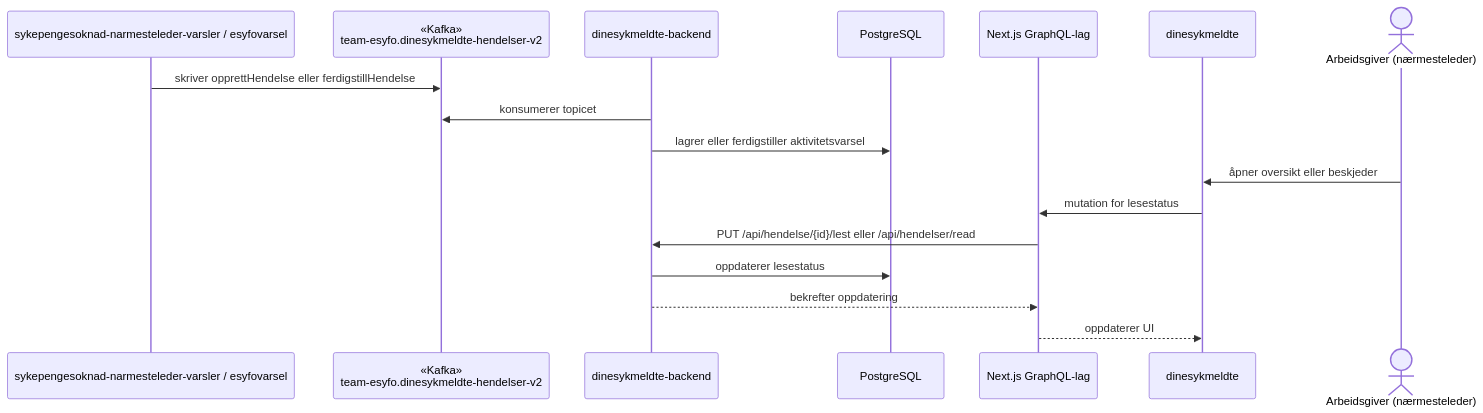
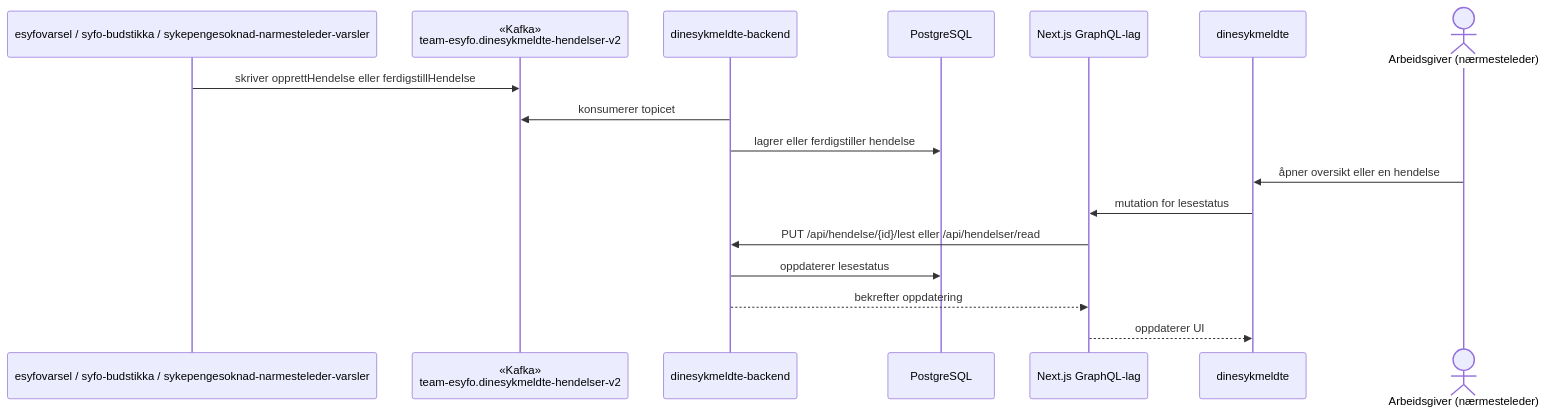
Before and after one commit to navikt/team-esyfo: the third of 3 diagrams in docs/omrader/dine-sykmeldte/teknisk.md, drawn with Mermaid. The commit also changed other lines of this file and 3 other files, not shown here.

First line of the commit message:
docs: fjern aktivitetsvarsel og beskjeder fra Dine sykmeldte-sidene (#316)

````diff
--- a/docs/omrader/dine-sykmeldte/teknisk.md
+++ b/docs/omrader/dine-sykmeldte/teknisk.md
@@ -57,20 +57,20 @@
 ```mermaid
 sequenceDiagram
-    participant varsler as sykepengesoknad-narmesteleder-varsler / esyfovarsel
+    participant varsler as esyfovarsel / syfo-budstikka / sykepengesoknad-narmesteleder-varsler
     participant kafka as «Kafka»<br/>team-esyfo.dinesykmeldte-hendelser-v2
     participant backend as dinesykmeldte-backend
     participant db as PostgreSQL
     participant graphql as Next.js GraphQL-lag
     participant frontend as dinesykmeldte
     actor arbeidsgiver as Arbeidsgiver (nærmesteleder)
 
     varsler->>kafka: skriver opprettHendelse eller ferdigstillHendelse
     backend->>kafka: konsumerer topicet
-    backend->>db: lagrer eller ferdigstiller aktivitetsvarsel
-    arbeidsgiver->>frontend: åpner oversikt eller beskjeder
+    backend->>db: lagrer eller ferdigstiller hendelse
+    arbeidsgiver->>frontend: åpner oversikt eller en hendelse
     frontend->>graphql: mutation for lesestatus
     graphql->>backend: PUT /api/hendelse/{id}/lest eller /api/hendelser/read
     backend->>db: oppdaterer lesestatus
     backend-->>graphql: bekrefter oppdatering
     graphql-->>frontend: oppdaterer UI
 ```
````
